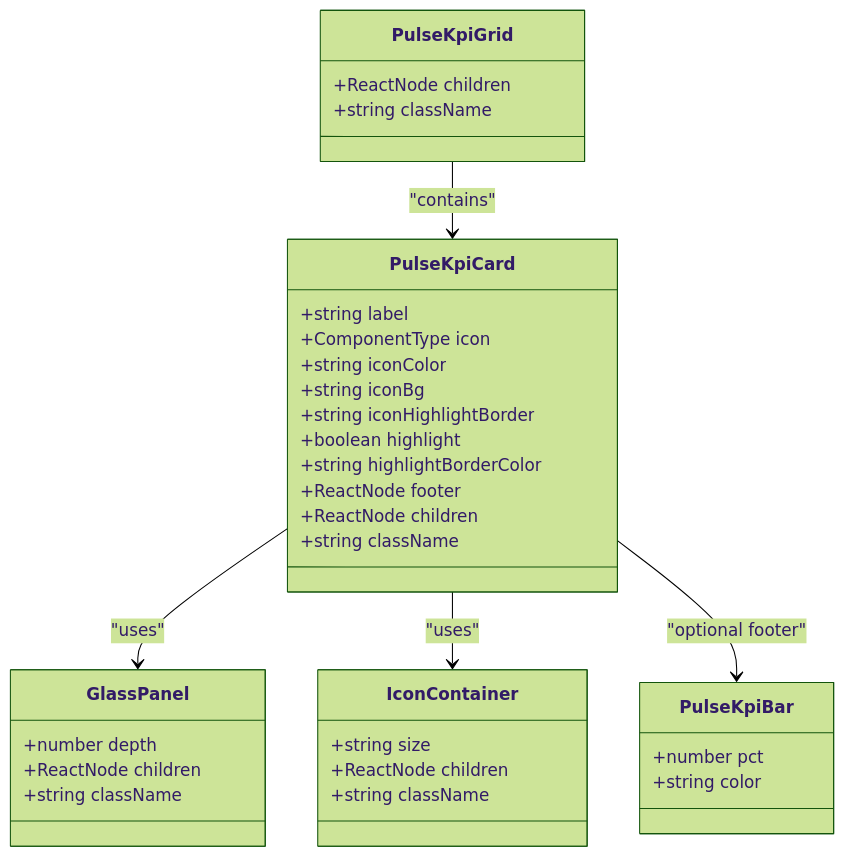
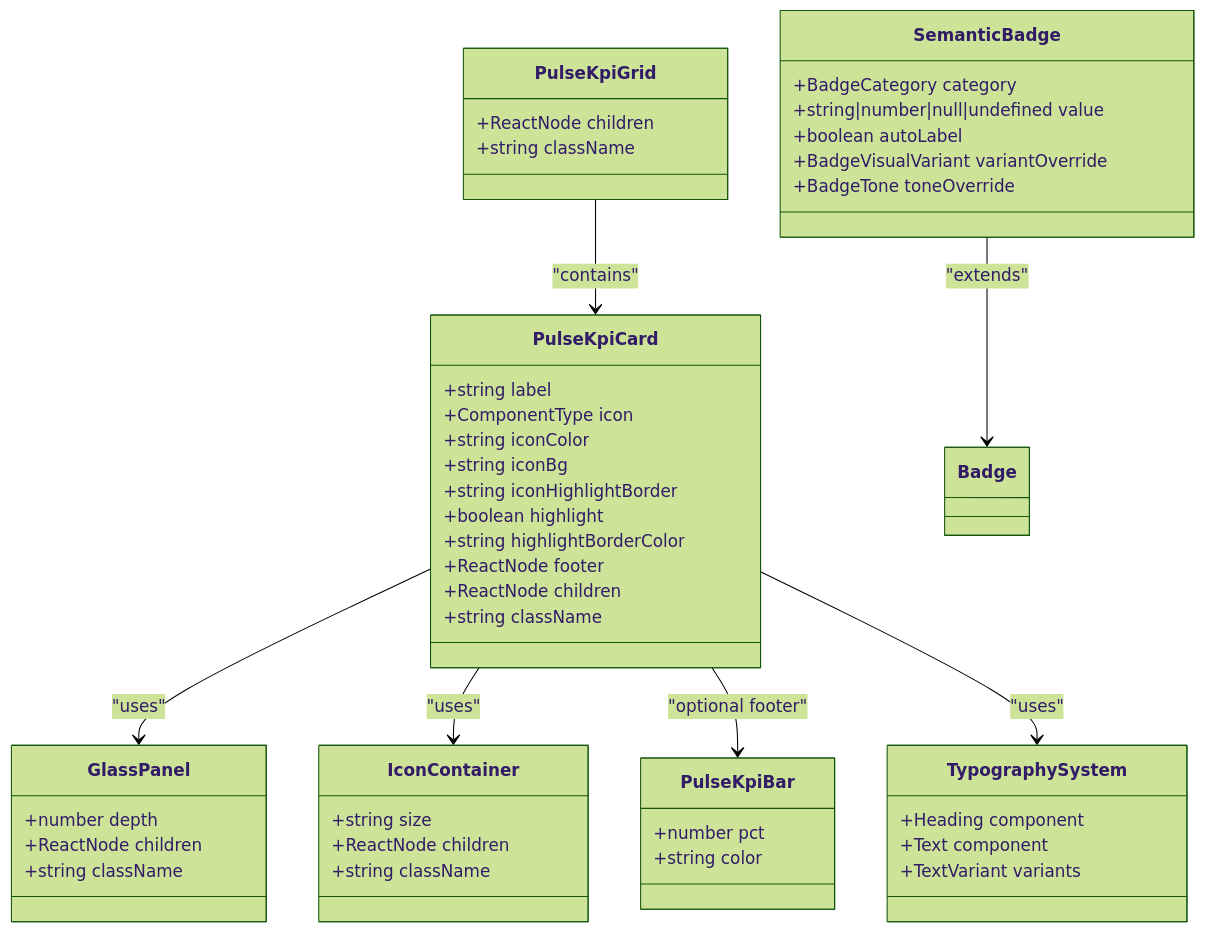
The second of 3 diagrams in .qoder/repowiki/en/content/Design System/PulseKpiCard Component System.md (SinesysTech/zattar-os), drawn with Mermaid (forest theme) before and after one commit. The commit also changed other lines of this file and 22 other files, not shown here.

````diff
--- a/.qoder/repowiki/en/content/Design System/PulseKpiCard Component System.md
+++ b/.qoder/repowiki/en/content/Design System/PulseKpiCard Component System.md
@@ -120,37 +167,51 @@
 ```mermaid
 classDiagram
 class PulseKpiCard {
 +string label
 +ComponentType icon
 +string iconColor
 +string iconBg
 +string iconHighlightBorder
 +boolean highlight
 +string highlightBorderColor
 +ReactNode footer
 +ReactNode children
 +string className
 }
 class PulseKpiBar {
 +number pct
 +string color
 }
 class PulseKpiGrid {
 +ReactNode children
 +string className
 }
 class GlassPanel {
 +number depth
 +ReactNode children
 +string className
 }
 class IconContainer {
 +string size
 +ReactNode children
 +string className
 }
+class SemanticBadge {
++BadgeCategory category
++string|number|null|undefined value
++boolean autoLabel
++BadgeVisualVariant variantOverride
++BadgeTone toneOverride
+}
+class TypographySystem {
++Heading component
++Text component
++TextVariant variants
+}
 PulseKpiCard --> GlassPanel : "uses"
 PulseKpiCard --> IconContainer : "uses"
 PulseKpiCard --> PulseKpiBar : "optional footer"
+PulseKpiCard --> TypographySystem : "uses"
 PulseKpiGrid --> PulseKpiCard : "contains"
+SemanticBadge --> Badge : "extends"
 ```
````
